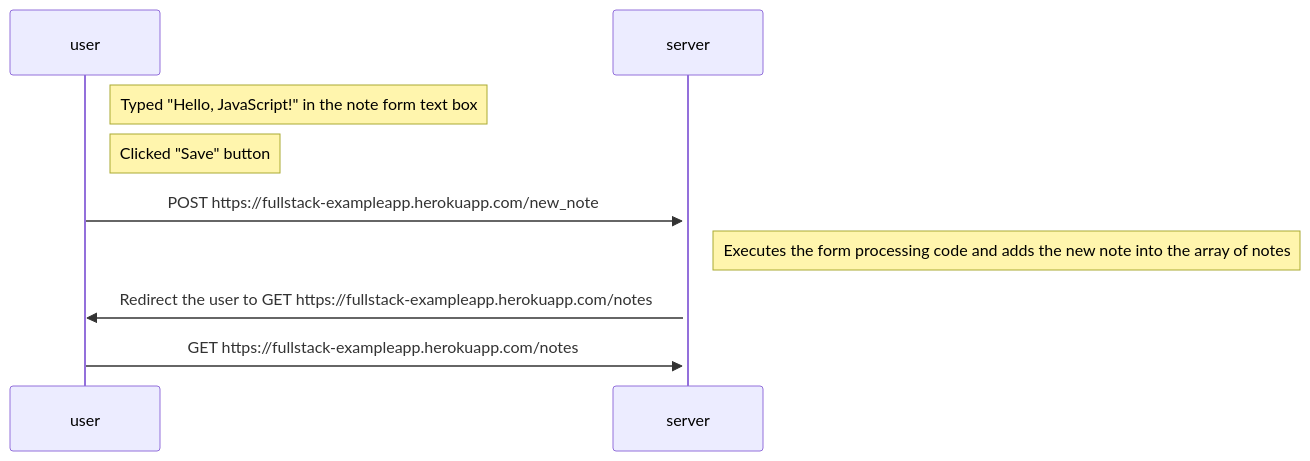
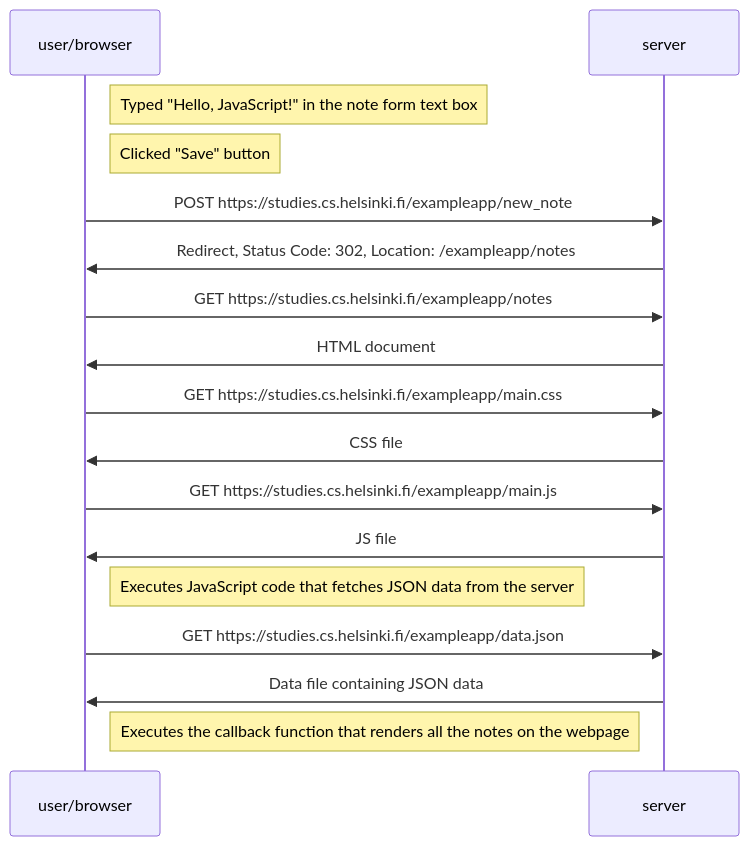
Before and after one commit to dharanivora/fullstackopen: the diagram in part-0-intro/ex-0.4/README.md, drawn with Mermaid.

Commit message:
chore: add more details to the diagram and make small fixes

````diff
--- a/part-0-intro/ex-0.4/README.md
+++ b/part-0-intro/ex-0.4/README.md
@@ -1,15 +1,27 @@
 ```mermaid
 sequenceDiagram
-    participant u as user
+    participant u as user/browser
     participant s as server
 
     note right of u: Typed "Hello, JavaScript!" in the note form text box
     note right of u: Clicked "Save" button
 
-    u->>+s: POST https://fullstack-exampleapp.herokuapp.com/new_note
+    u->>s: POST https://studies.cs.helsinki.fi/exampleapp/new_note
+    s->>u: Redirect, Status Code: 302, Location: /exampleapp/notes
 
-    note right of s: Executes the form processing code and adds the new note into the array of notes
+    u->>s: GET https://studies.cs.helsinki.fi/exampleapp/notes
+    s->>u: HTML document
 
-    s->>u: Redirect the user to GET https://fullstack-exampleapp.herokuapp.com/notes
-    u->>s: GET https://fullstack-exampleapp.herokuapp.com/notes
+    u->>s: GET https://studies.cs.helsinki.fi/exampleapp/main.css
+    s->>u: CSS file
+
+    u->>s: GET https://studies.cs.helsinki.fi/exampleapp/main.js
+    s->>u: JS file
+
+    note right of u: Executes JavaScript code that fetches JSON data from the server
+
+    u->>s: GET https://studies.cs.helsinki.fi/exampleapp/data.json
+    s->>u: Data file containing JSON data
+
+    note right of u: Executes the callback function that renders all the notes on the webpage
 ```
````
